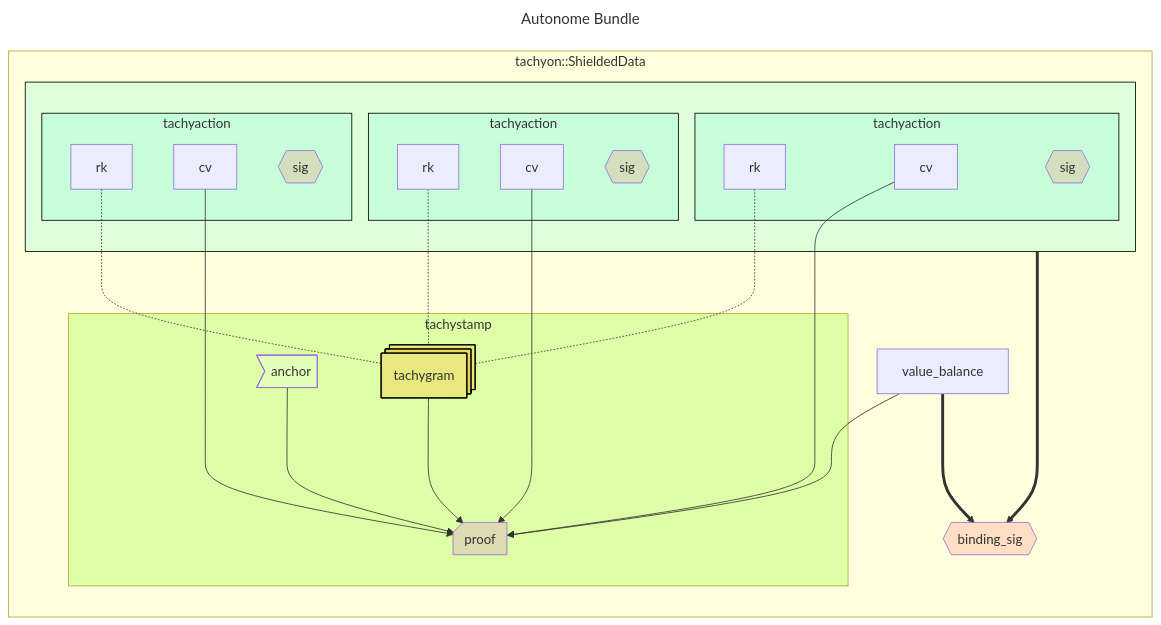
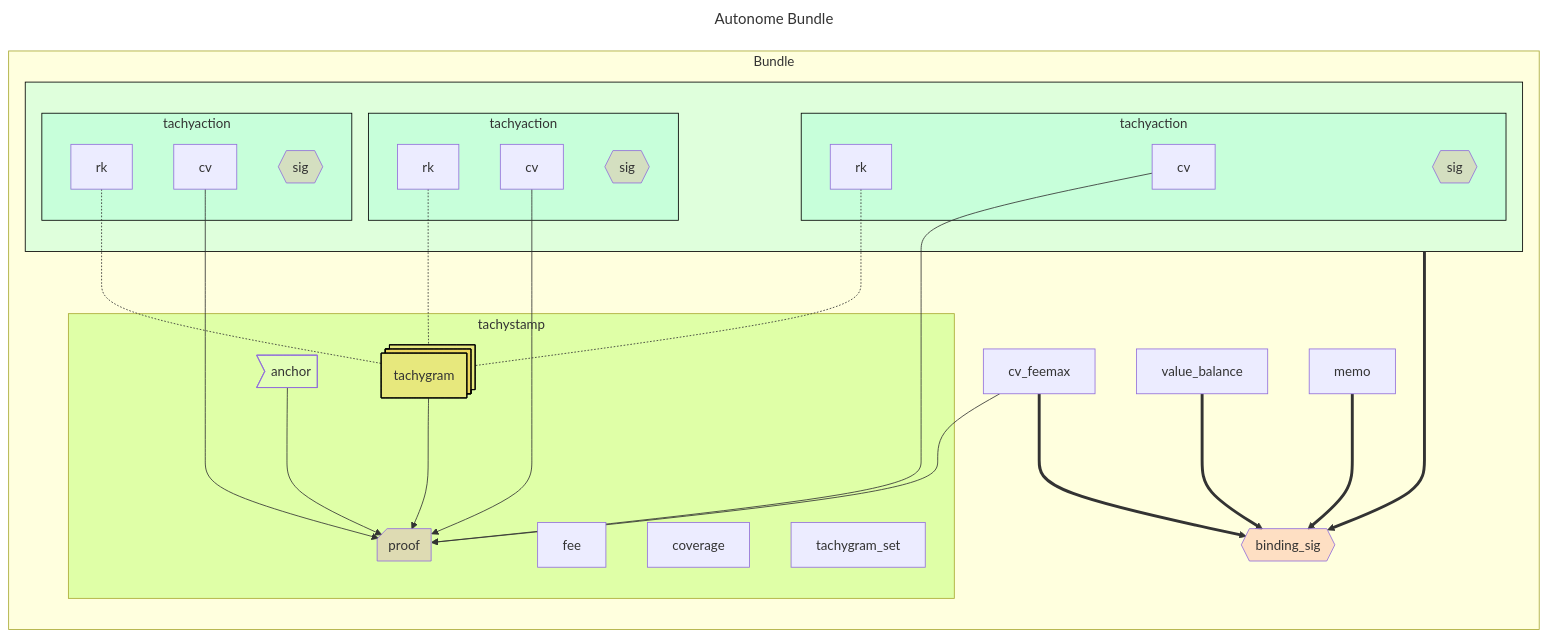
One commit to tachyon-zcash/tachyon changed the diagram in book/src/bundle.md. Above: the diagram before and after it, drawn with Mermaid. The commit also changed other lines of this file and 16 other files, not shown here.

````diff
--- a/book/src/bundle.md
+++ b/book/src/bundle.md
@@ -74,63 +82,70 @@
 ```mermaid
 ---
 title: Autonome Bundle
 ---
 flowchart LR
 classDef signature fill:#fa807240
 classDef optional fill:#d3d3d340,stroke-dasharray: 5 5
 
 style tachyaction1 fill:#7fffd440,stroke:black
 style tachyaction2 fill:#7fffd440,stroke:black
 style tachyaction3 fill:#7fffd440,stroke:black
 style tachyaction_vec fill:#7fffd440,stroke:black
 
 style tachygram_vec fill:#ffa50040,stroke:black
 style proof fill:#da70d640
 style anchor fill:#f0fff040
 
 style tachystamp fill:#7fff0040
 
-subgraph shielded_data["tachyon::ShieldedData"]
+subgraph shielded_data["Bundle"]
 
     subgraph tachyaction_vec[" "]
 
         subgraph tachyaction1["tachyaction"]
             cv1["cv"]
             rk1["rk"]
             sig1:::signature@{shape: hex, label: "sig"}
         end
 
        subgraph tachyaction2["tachyaction"]
             cv2["cv"]
             rk2["rk"]
             sig2:::signature@{shape: hex, label: "sig"}
         end
 
        subgraph tachyaction3["tachyaction"]
             cv3["cv"]
             rk3["rk"]
             sig3:::signature@{shape: hex, label: "sig"}
         end
     end
 
     subgraph tachystamp
+        fee
+        coverage
+        tachygram_set
         anchor@{shape: odd}
         proof@{shape: notch-rect}
         tachygram_vec@{shape: procs, label: "tachygram"}
 
         anchor ---> proof
         tachygram_vec ---> proof
     end
 
     rk1 & rk2 & rk3 -.- tachygram_vec
     cv1 & cv2 & cv3 ---> proof
 
     sig_binding:::signature@{shape: hex, label: "binding_sig"}
     v_balance["value_balance"]
+    cv_feemax["cv_feemax"]
+    memo
 
-    v_balance ---> proof
+    cv_feemax ---> proof
 
     v_balance ===> sig_binding
+    cv_feemax ===> sig_binding
+    memo ===> sig_binding
     tachyaction_vec ===> sig_binding
 end
 ```
````
